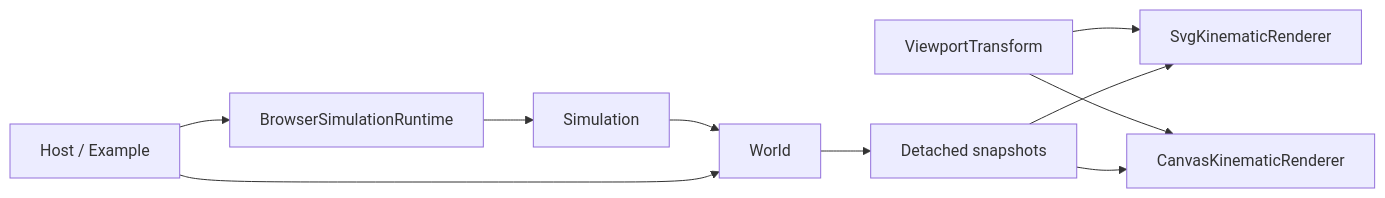
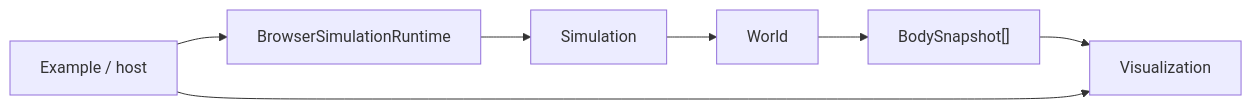
The first of 11 diagrams in docs/architecture/README.md (fa-ribeiro/vLab2D), drawn with Mermaid before and after one commit. The commit also changed other lines of this file and 4 other files, not shown here.

Commit message:
docs: reconcile phase 2 architecture

````diff
--- a/docs/architecture/README.md
+++ b/docs/architecture/README.md
@@ -26,26 +24,17 @@
 ```mermaid
 flowchart LR
-    HOST["Host / Example"]
+    HOST["Example / host"]
     RUNTIME["BrowserSimulationRuntime"]
     SIM["Simulation"]
-
     WORLD["World"]
-    SNAP["Detached snapshots"]
-
-    TRANSFORM["ViewportTransform"]
-    SVG["SvgKinematicRenderer"]
-    CANVAS["CanvasKinematicRenderer"]
+    SNAP["BodySnapshot[]"]
+    VIS["Visualization"]
 
     HOST --> RUNTIME
     RUNTIME --> SIM
     SIM --> WORLD
 
-    HOST --> WORLD
     WORLD --> SNAP
-
-    TRANSFORM --> SVG
-    TRANSFORM --> CANVAS
-
-    SNAP --> SVG
-    SNAP --> CANVAS
+    SNAP --> VIS
+    HOST --> VIS
 ```
````
